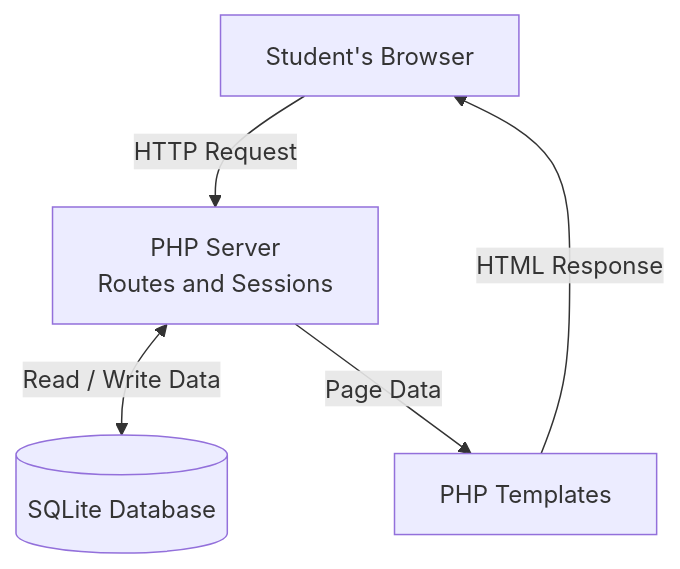
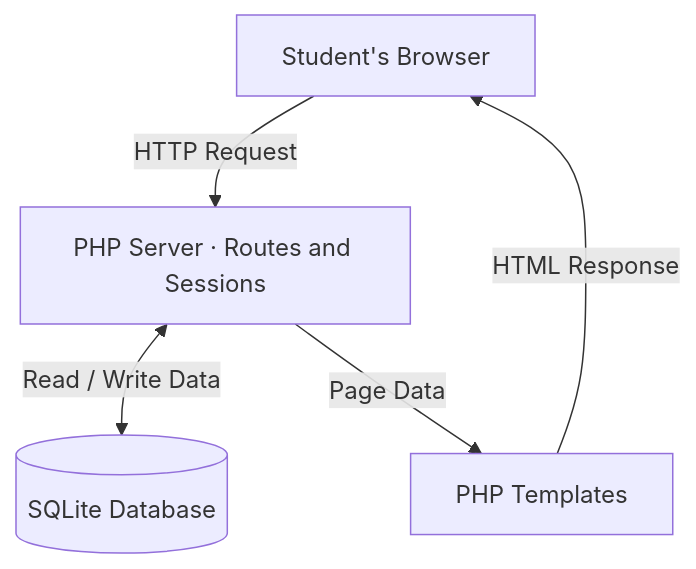
Before and after one commit to SirBLANKO/Locker_Patched: the diagram in architecture-sketch.md, drawn with Mermaid. The commit also changed other lines of this file, not shown here.

Commit message:
Update architecture-sketch.md with corrected descriptions and fixed diagram label

````diff
--- a/architecture-sketch.md
+++ b/architecture-sketch.md
@@ -1,12 +1,12 @@
 ```mermaid
 flowchart TD
     Browser["Student's Browser"]
-    Server["PHP Server<br/>Routes and Sessions"]
+    Server["PHP Server · Routes and Sessions"]
     DB[("SQLite Database")]
     Views["PHP Templates"]
 
     Browser -->|"HTTP Request"| Server
     Server <-->|"Read / Write Data"| DB
     Server -->|"Page Data"| Views
     Views -->|"HTML Response"| Browser
 ```
````
